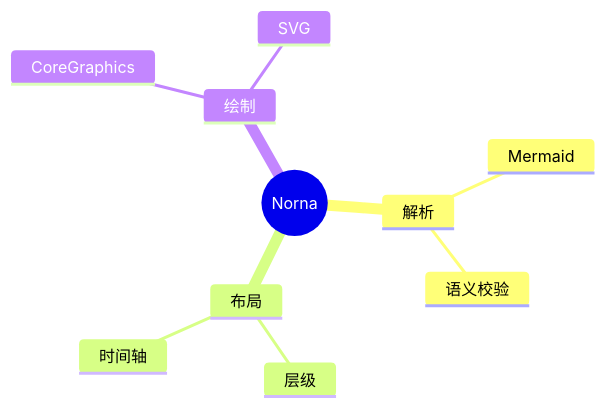
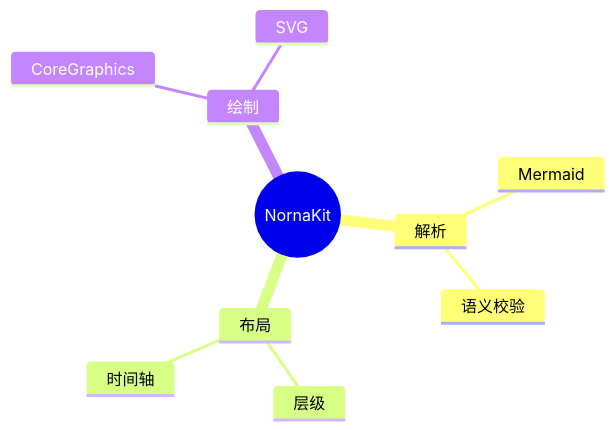
The diagram in website/dist/assets/mindmap-zh.mmd (dufu1991/nornakit), drawn with Mermaid before and after one commit. The commit also changed 100 other files, not shown here.

Commit message:
feat: 统一 NornaKit 命名并配置静态站点部署

```diff
--- a/website/dist/assets/mindmap-zh.mmd
+++ b/website/dist/assets/mindmap-zh.mmd
@@ -1,11 +1,11 @@
 mindmap
-    root((Norna))
+    root((NornaKit))
         解析
             Mermaid
             语义校验
         布局
             层级
             时间轴
         绘制
             CoreGraphics
             SVG
```
